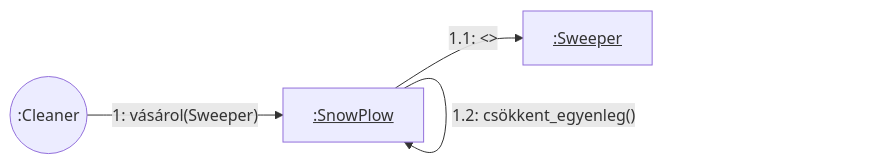
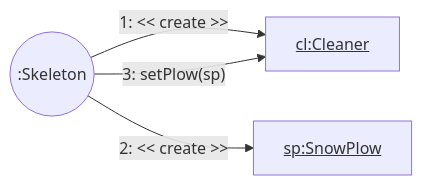
Before and after one commit to toth-andor/UneNotteANapoli: the diagram in docs/05/kommunikacios_diagrammok/05-hokotrofej_vasarlas.md, drawn with Mermaid.

````diff
--- a/docs/05/kommunikacios_diagrammok/05-hokotrofej_vasarlas.md
+++ b/docs/05/kommunikacios_diagrammok/05-hokotrofej_vasarlas.md
@@ -1,10 +1,11 @@
 ```mermaid
 graph LR
-    C((:Cleaner))
-    SP[<u>:SnowPlow</u>]
-    SW[<u>:Sweeper</u>]
+    SK((:Skeleton))
+    CL[<u>cl:Cleaner</u>]
+    SP[<u>sp:SnowPlow</u>]
 
-    C -- "1: vásárol(Sweeper)" --> SP
-    SP -- "1.1: <<létrehoz>>" --> SW
-    SP -- "1.2: csökkent_egyenleg()" --> SP
+    SK -- "1: << create >>" --> CL
+    SK -- "2: << create >>" --> SP
+    
+    SK -- "3: setPlow(sp)" --> CL
 ```
````
